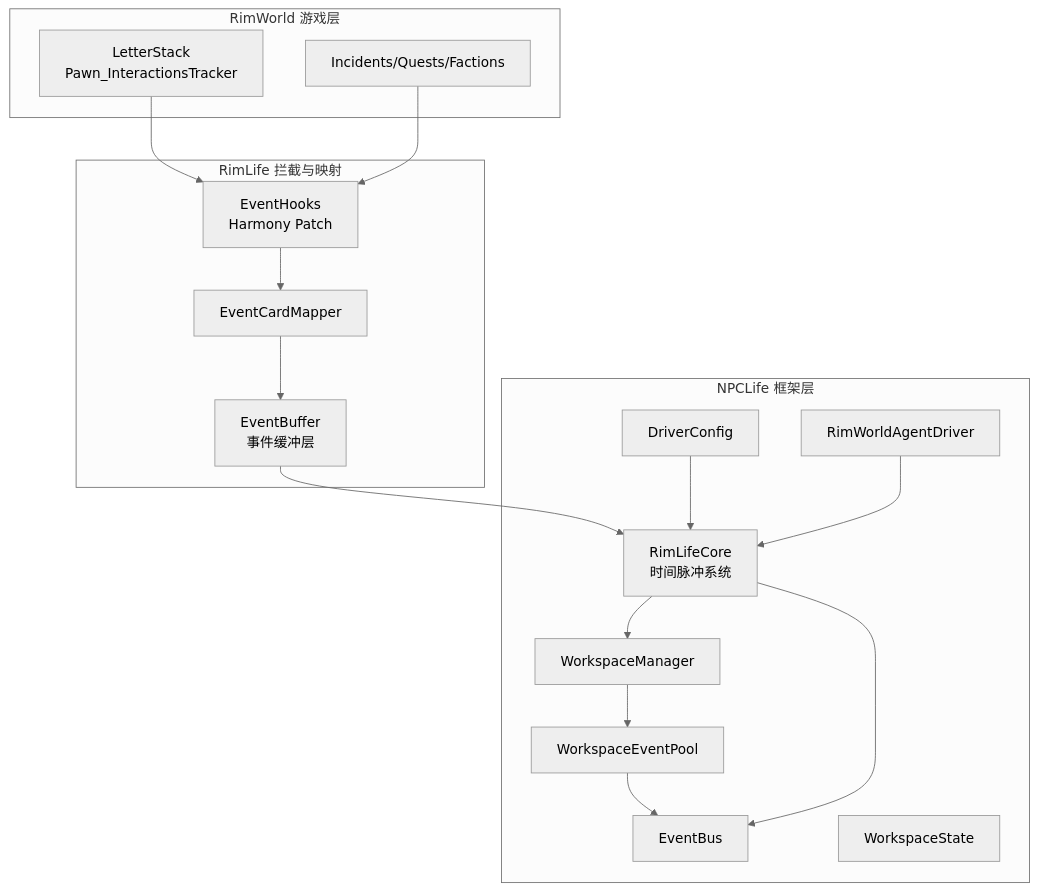
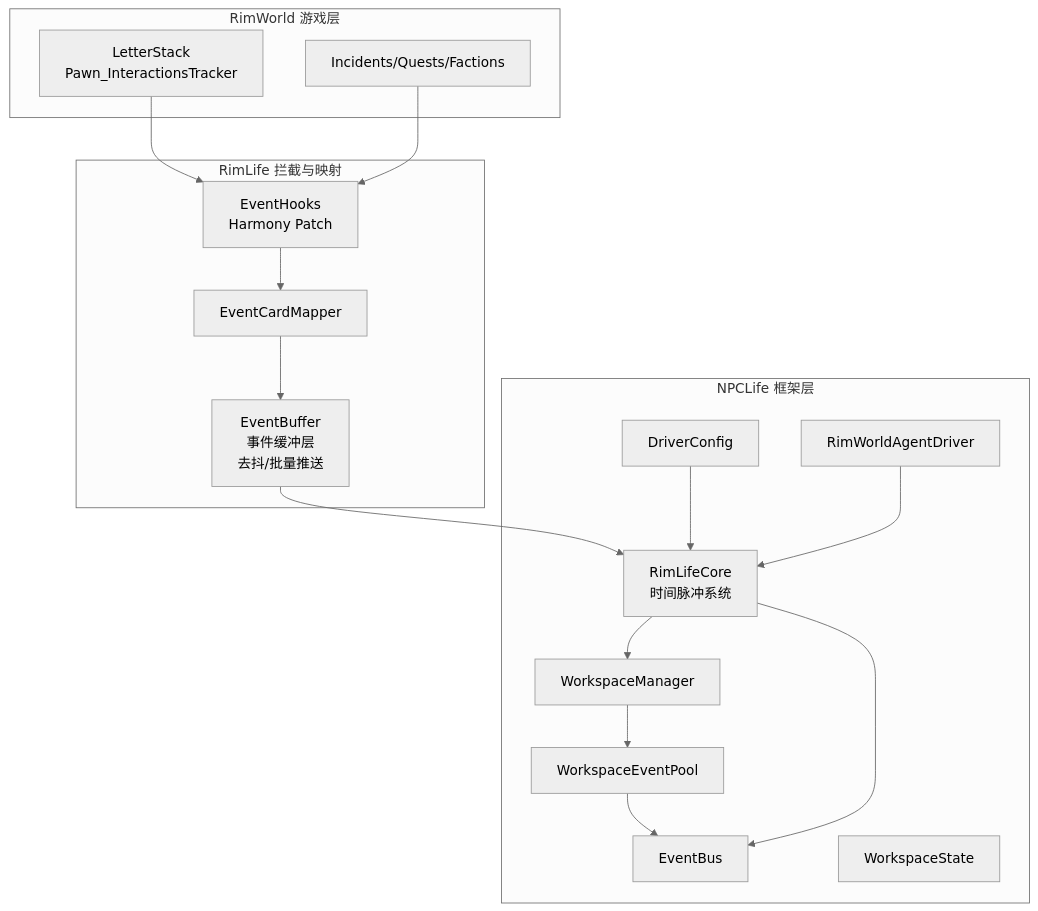
Before and after one commit to suzvka/RimLife: the first of 10 diagrams in .qoder/repowiki/zh/content/核心架构设计/事件系统集成.md, drawn with Mermaid (neutral theme). The commit also changed other lines of this file and 29 other files, not shown here.

````diff
--- a/.qoder/repowiki/zh/content/核心架构设计/事件系统集成.md
+++ b/.qoder/repowiki/zh/content/核心架构设计/事件系统集成.md
@@ -54,32 +54,32 @@
 ```mermaid
 graph TB
 subgraph "RimWorld 游戏层"
 LW["LetterStack<br/>Pawn_InteractionsTracker"]
 IR["Incidents/Quests/Factions"]
 end
 subgraph "RimLife 拦截与映射"
 EH["EventHooks<br/>Harmony Patch"]
 ECM["EventCardMapper"]
-EBuf["EventBuffer<br/>事件缓冲层"]
+EBuf["EventBuffer<br/>事件缓冲层<br/>去抖/批量推送"]
 end
 subgraph "NPCLife 框架层"
 EB["EventBus"]
 WSM["WorkspaceManager"]
 WSP["WorkspaceState"]
 WEP["WorkspaceEventPool"]
 DC["DriverConfig"]
 RC["RimLifeCore<br/>时间脉冲系统"]
 RD["RimWorldAgentDriver"]
 end
 LW --> EH
 IR --> EH
 EH --> ECM
 ECM --> EBuf
 EBuf --> RC
 RC --> WSM
 WSM --> WEP
 WEP --> EB
 DC --> RC
 RC --> EB
 RD --> RC
 ```
````
